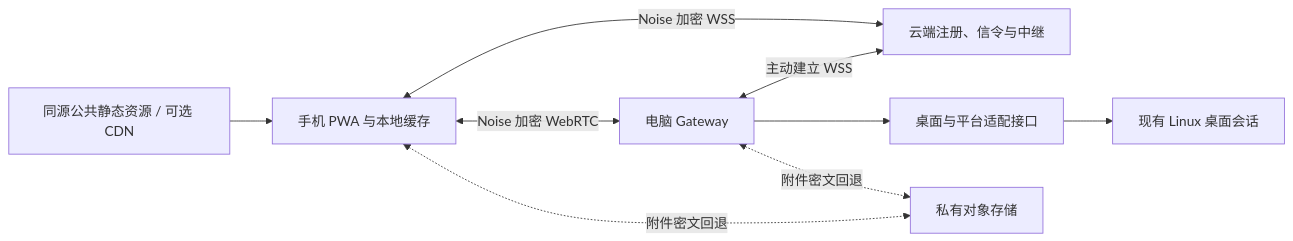
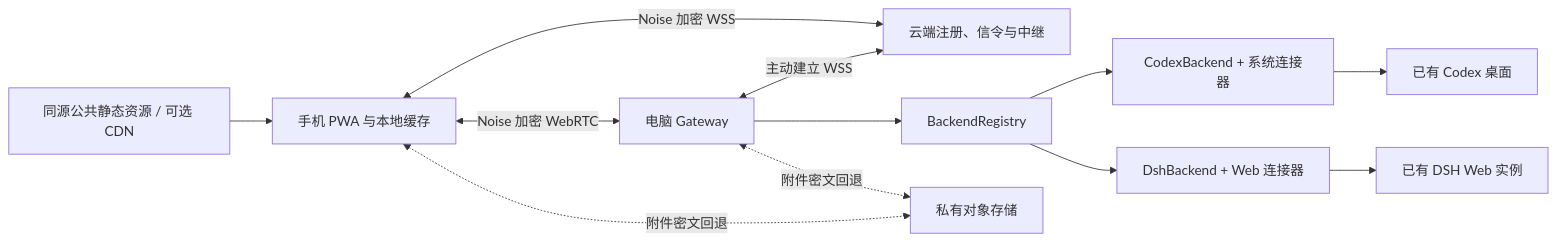
The diagram in README.md (muxkin/Remote-Agent-Control), drawn with Mermaid before and after one commit. The commit also changed other lines of this file and 83 other files, not shown here.

````diff
--- a/README.md
+++ b/README.md
@@ -101,10 +101,12 @@
 ```mermaid
 flowchart LR
     Phone[手机 PWA 与本地缓存] <-->|Noise 加密 WSS| Cloud[云端注册、信令与中继]
     Gateway[电脑 Gateway] <-->|主动建立 WSS| Cloud
     Phone <-->|Noise 加密 WebRTC| Gateway
-    Gateway --> Adapter[桌面与平台适配接口] --> Desktop[现有 Linux 桌面会话]
+    Gateway --> Registry[BackendRegistry]
+    Registry --> Codex[CodexBackend + 系统连接器] --> Desktop[已有 Codex 桌面]
+    Registry --> DSH[DshBackend + Web 连接器] --> Web[已有 DSH Web 实例]
     Phone <-.->|附件密文回退| Storage[私有对象存储]
     Gateway <-.->|附件密文回退| Storage
     CDN[同源公共静态资源 / 可选 CDN] --> Phone
 ```
````
